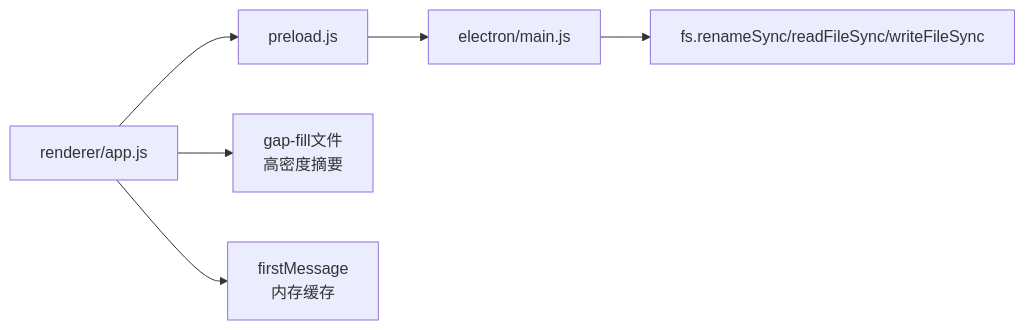
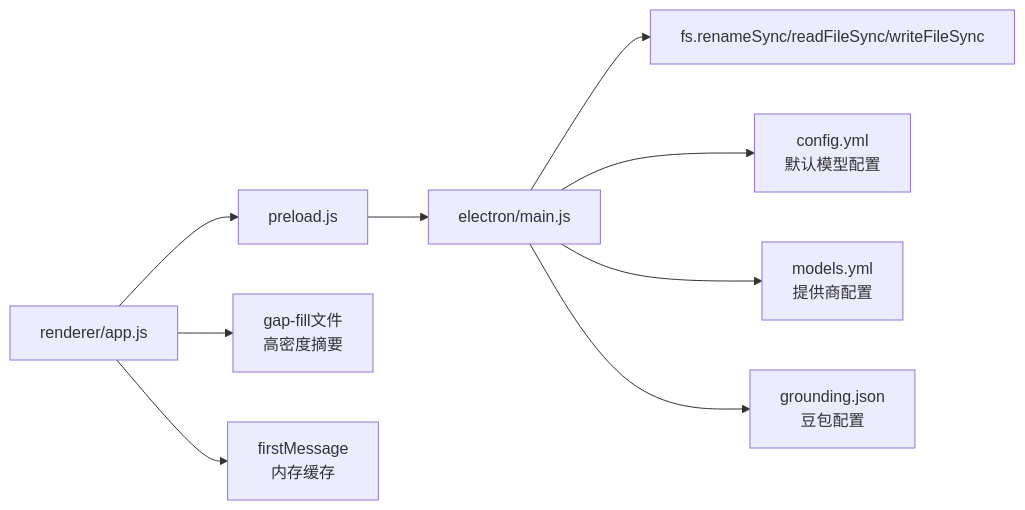
One commit to swond-Mao/Tiffa changed the third of 3 diagrams in .qoder/repowiki/zh/content/用户界面/AI智能重命名功能.md. Above: the diagram before and after it, drawn with Mermaid. The commit also changed other lines of this file and 17 other files, not shown here.

````diff
--- a/.qoder/repowiki/zh/content/用户界面/AI智能重命名功能.md
+++ b/.qoder/repowiki/zh/content/用户界面/AI智能重命名功能.md
@@ -210,8 +247,11 @@
 ```mermaid
 graph LR
 AppJS["renderer/app.js"] --> PreloadJS["preload.js"]
 PreloadJS --> MainJS["electron/main.js"]
 MainJS --> FS["fs.renameSync/readFileSync/writeFileSync"]
 AppJS --> GapFill["gap-fill文件<br/>高密度摘要"]
 AppJS --> FirstMsg["firstMessage<br/>内存缓存"]
+MainJS --> ConfigYML["config.yml<br/>默认模型配置"]
+MainJS --> ModelsYML["models.yml<br/>提供商配置"]
+MainJS --> GroundingJSON["grounding.json<br/>豆包配置"]
 ```
````
